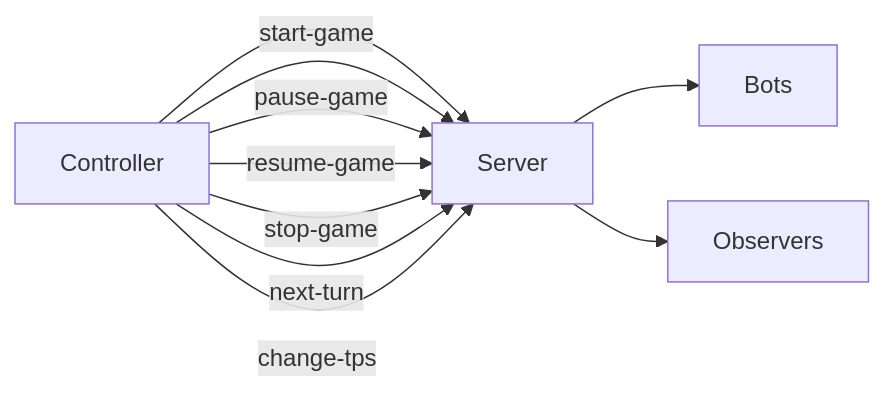
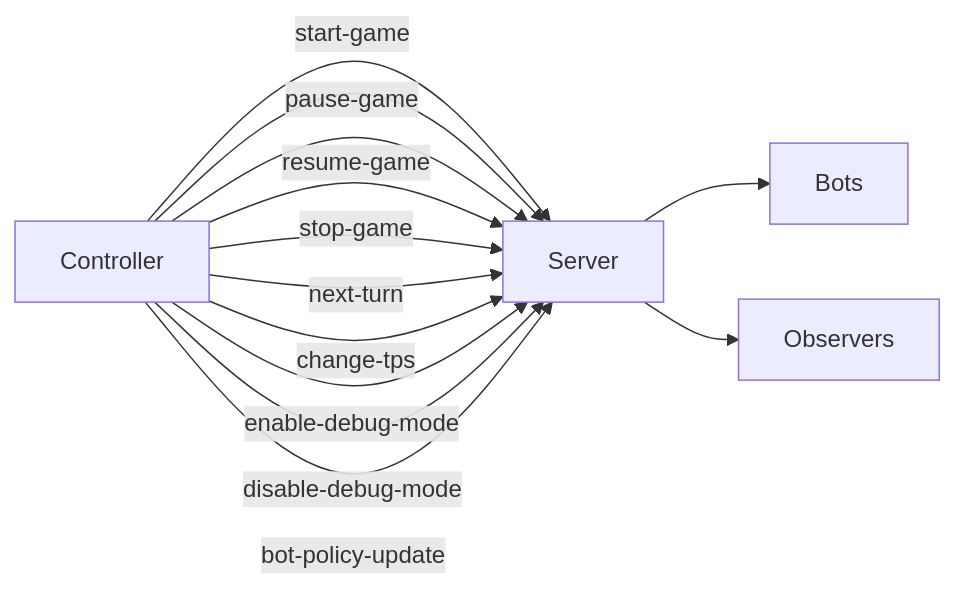
One commit to robocode-dev/tank-royale changed the first of 13 diagrams in docs-internal/architecture/models/message-schema/commands.md. Above: the diagram before and after it, drawn with Mermaid. The commit also changed other lines of this file and 10 other files, not shown here.

````diff
--- a/docs-internal/architecture/models/message-schema/commands.md
+++ b/docs-internal/architecture/models/message-schema/commands.md
@@ -9,13 +9,16 @@
 ```mermaid
 graph LR
     Controller --> Server
     Server --> Bots
     Server --> Observers
     
     Controller -- "start-game" --> Server
     Controller -- "pause-game" --> Server
     Controller -- "resume-game" --> Server
     Controller -- "stop-game" --> Server
     Controller -- "next-turn" --> Server
     Controller -- "change-tps" --> Server
+    Controller -- "enable-debug-mode" --> Server
+    Controller -- "disable-debug-mode" --> Server
+    Controller -- "bot-policy-update" --> Server
 ```
````
